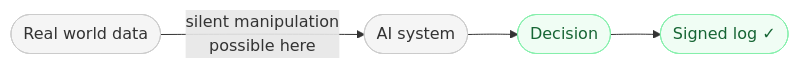
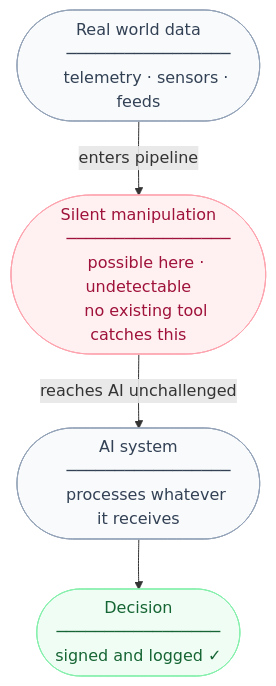
The first of 2 diagrams in README.md (SpyrosArg/Verum), drawn with Mermaid before and after one commit. The commit also changed other lines of this file, not shown here.

First line of the commit message:
Revise diagrams and examples in README.md

````diff
--- a/README.md
+++ b/README.md
@@ -16,11 +16,28 @@
 ```mermaid
-flowchart LR
-    A([Real world data]) -->|silent manipulation\npossible here| B([AI system])
-    B --> C([Decision])
-    C --> D([Signed log ✓])
+flowchart TD
+    A(["  Real world data
+    ─────────────────
+    telemetry · sensors · feeds"])
 
-    style A fill:#f5f5f5,stroke:#ccc,color:#333
-    style B fill:#f5f5f5,stroke:#ccc,color:#333
-    style C fill:#f0fdf4,stroke:#86efac,color:#166534
-    style D fill:#f0fdf4,stroke:#86efac,color:#166534
+    B(["  Silent manipulation
+    ─────────────────
+    possible here · undetectable
+    no existing tool catches this"])
+
+    C(["  AI system
+    ─────────────────
+    processes whatever it receives"])
+
+    D(["  Decision
+    ─────────────────
+    signed and logged ✓"])
+
+    A -->|enters pipeline| B
+    B -->|reaches AI unchallenged| C
+    C --> D
+
+    style A fill:#f8fafc,stroke:#94a3b8,color:#334155,rx:12
+    style B fill:#fff1f2,stroke:#fda4af,color:#9f1239,rx:12
+    style C fill:#f8fafc,stroke:#94a3b8,color:#334155,rx:12
+    style D fill:#f0fdf4,stroke:#86efac,color:#166534,rx:12
 ```
````
